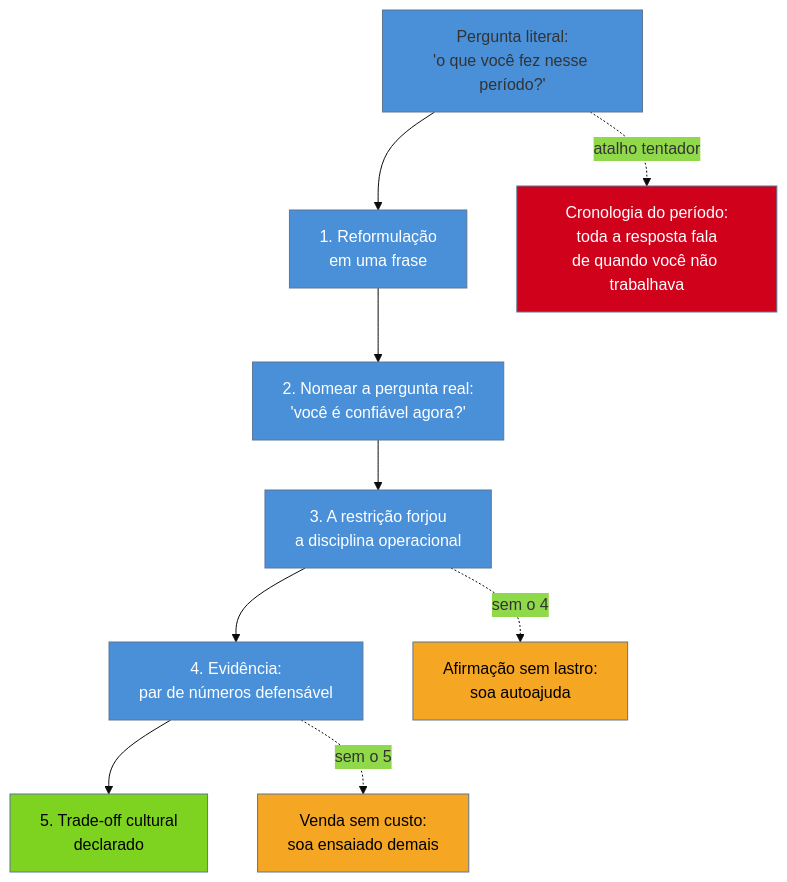
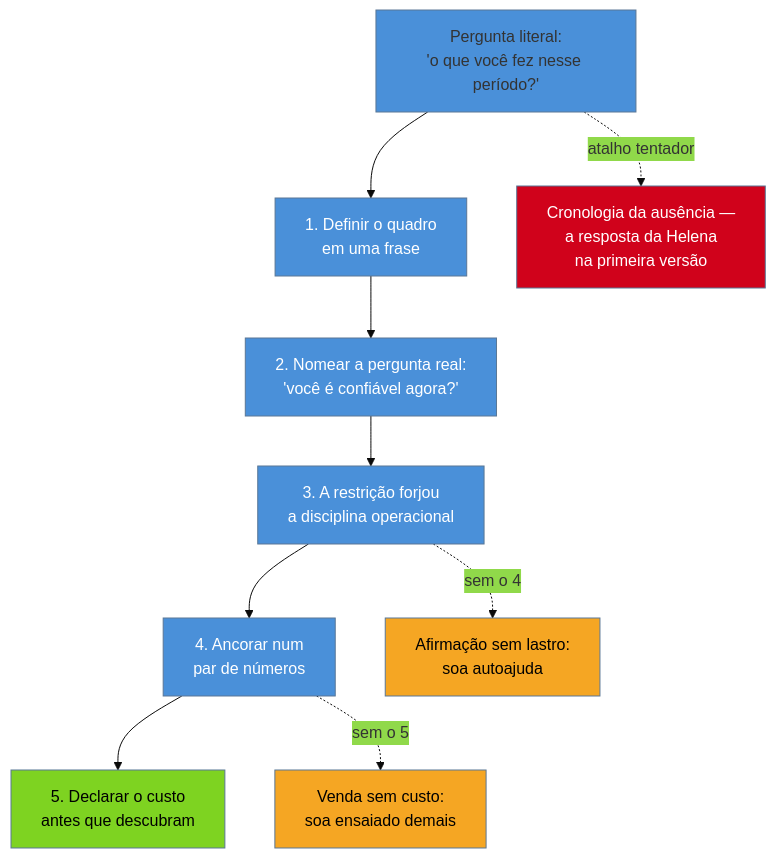
One commit to josenaldo/codex-technomanticus changed the diagram in 03-Dominios/Carreira/Entrevistas/12a - Defender um hiato longo.md. Above: the diagram before and after it, drawn with Mermaid. The commit also changed other lines of this file and 2 other files, not shown here.

````diff
--- a/03-Dominios/Carreira/Entrevistas/12a - Defender um hiato longo.md
+++ b/03-Dominios/Carreira/Entrevistas/12a - Defender um hiato longo.md
@@ -57,22 +71,22 @@
 ```mermaid
 %%{init: {"theme": "base", "themeVariables": {"primaryColor": "#4A90D9"}}}%%
 graph TD
-    P["Pergunta literal:<br/>'o que você fez nesse período?'"] --> R1["1. Reformulação<br/>em uma frase"]
+    P["Pergunta literal:<br/>'o que você fez nesse período?'"] --> R1["1. Definir o quadro<br/>em uma frase"]
     R1 --> R2["2. Nomear a pergunta real:<br/>'você é confiável agora?'"]
     R2 --> R3["3. A restrição forjou<br/>a disciplina operacional"]
-    R3 --> R4["4. Evidência:<br/>par de números defensável"]
-    R4 --> R5["5. Trade-off cultural<br/>declarado"]
+    R3 --> R4["4. Ancorar num<br/>par de números"]
+    R4 --> R5["5. Declarar o custo<br/>antes que descubram"]
 
-    P -.atalho tentador.-> E1["Cronologia do período:<br/>toda a resposta fala<br/>de quando você não trabalhava"]
+    P -.atalho tentador.-> E1["Cronologia da ausência —<br/>a resposta da Helena<br/>na primeira versão"]
     R3 -.sem o 4.-> E2["Afirmação sem lastro:<br/>soa autoajuda"]
     R4 -.sem o 5.-> E3["Venda sem custo:<br/>soa ensaiado demais"]
 
     style R1 fill:#4A90D9,color:#fff
     style R2 fill:#4A90D9,color:#fff
     style R3 fill:#4A90D9,color:#fff
     style R4 fill:#4A90D9,color:#fff
     style R5 fill:#7ED321,color:#000
     style E1 fill:#D0021B,color:#fff
     style E2 fill:#F5A623,color:#000
     style E3 fill:#F5A623,color:#000
 ```
````
